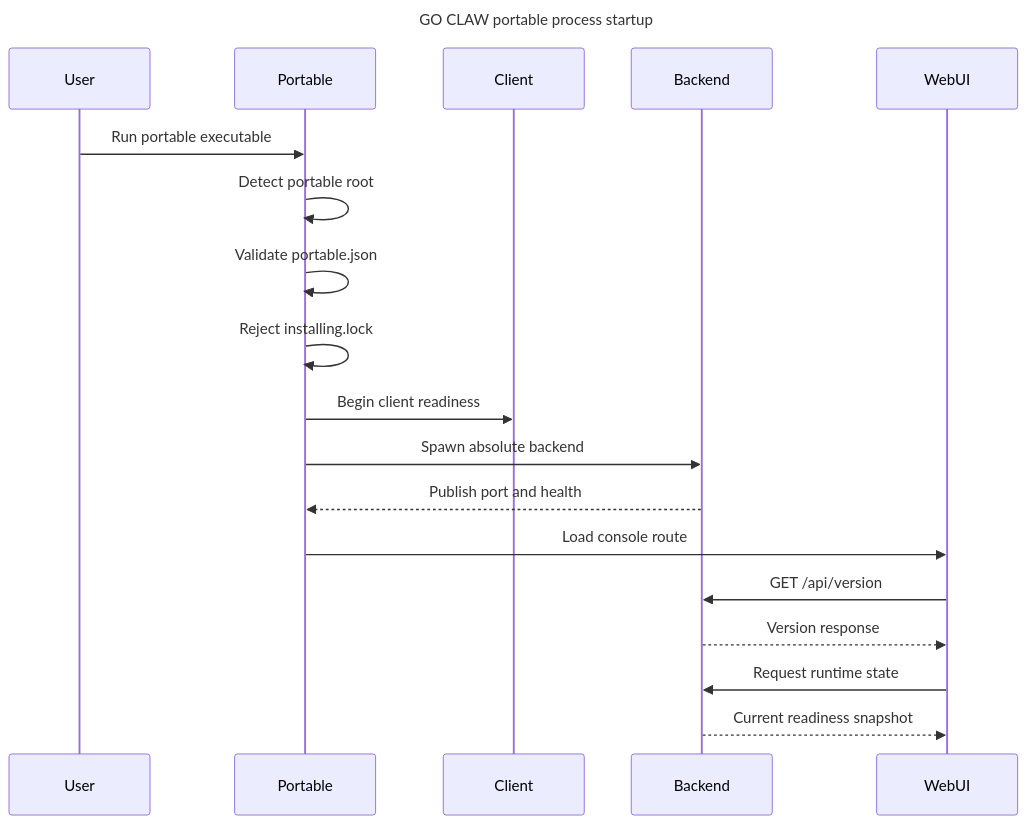
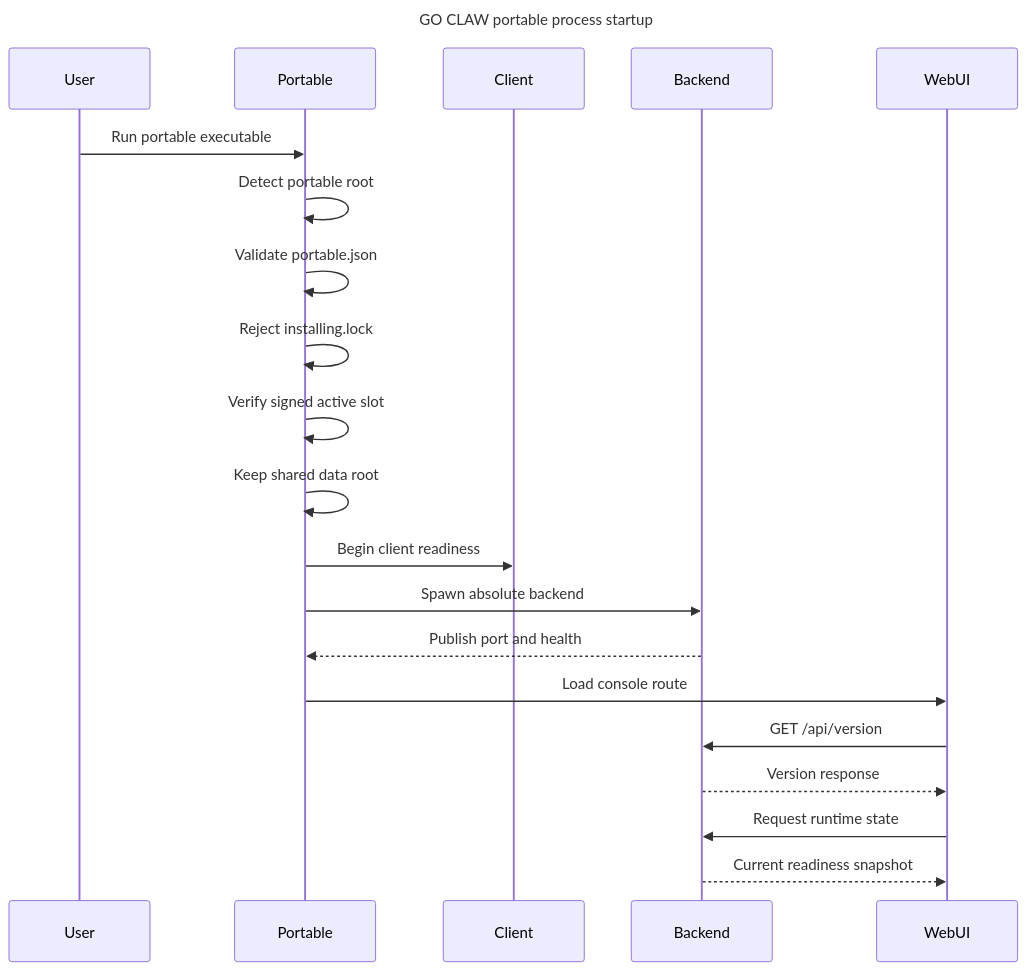
The first of 6 diagrams in docs/GO-CLAW-运行时序与维护规则.zh.md (GresonKwan/GO-Claw-2.0), drawn with Mermaid before and after one commit. The commit also changed other lines of this file and 151 other files, not shown here.

````diff
--- a/docs/GO-CLAW-运行时序与维护规则.zh.md
+++ b/docs/GO-CLAW-运行时序与维护规则.zh.md
@@ -28,22 +28,24 @@
 ```mermaid
 sequenceDiagram
     title GO CLAW portable process startup
     participant User
     participant Portable
     participant Client
     participant Backend
     participant WebUI
 
     User->>Portable: Run portable executable
     Portable->>Portable: Detect portable root
     Portable->>Portable: Validate portable.json
     Portable->>Portable: Reject installing.lock
+    Portable->>Portable: Verify signed active slot
+    Portable->>Portable: Keep shared data root
     Portable->>Client: Begin client readiness
     Portable->>Backend: Spawn absolute backend
     Backend-->>Portable: Publish port and health
     Portable->>WebUI: Load console route
     WebUI->>Backend: GET /api/version
     Backend-->>WebUI: Version response
     WebUI->>Backend: Request runtime state
     Backend-->>WebUI: Current readiness snapshot
 ```
````
